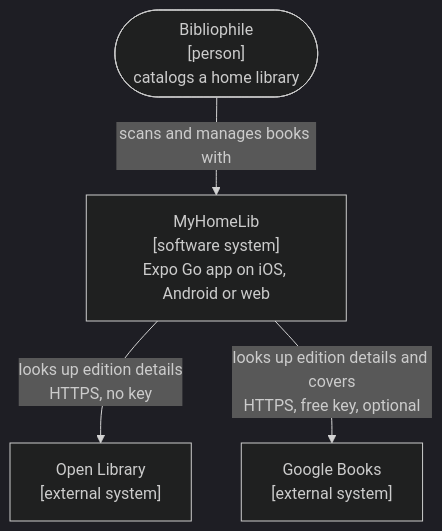
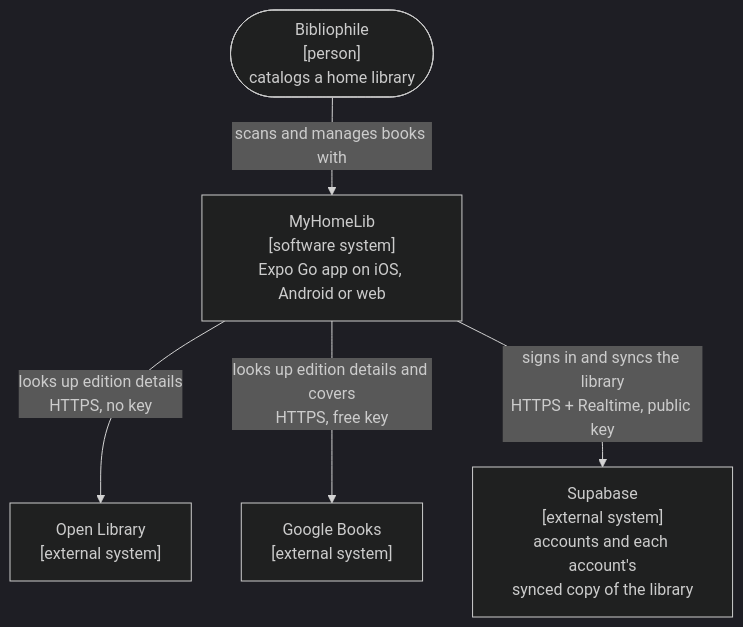
One commit to ghechavarria/cen5064-project-hechavarria changed the diagram in docs/design/diagrams/context.mmd. Above: the diagram before and after it, drawn with Mermaid (dark theme). The commit also changed 23 other files, not shown here.

First line of the commit message:
Diagrams: feature 4 in the C4 and UML views, every figure at 7pt or larger

```diff
--- a/docs/design/diagrams/context.mmd
+++ b/docs/design/diagrams/context.mmd
@@ -1,4 +1,5 @@
 flowchart TB
     user(["Bibliophile<br/>[person]<br/>catalogs a home library"]) -->|scans and manages books with| system["MyHomeLib<br/>[software system]<br/>Expo Go app on iOS, Android or web"]
     system -->|looks up edition details<br/>HTTPS, no key| openLibrary["Open Library<br/>[external system]"]
-    system -->|looks up edition details and covers<br/>HTTPS, free key, optional| google["Google Books<br/>[external system]"]
+    system -->|looks up edition details and covers<br/>HTTPS, free key| google["Google Books<br/>[external system]"]
+    system -->|signs in and syncs the library<br/>HTTPS + Realtime, public key| supabase["Supabase<br/>[external system]<br/>accounts and each account's<br/>synced copy of the library"]
```
